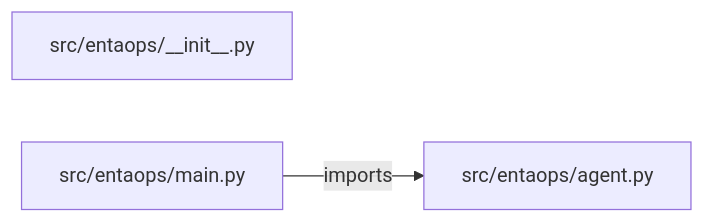
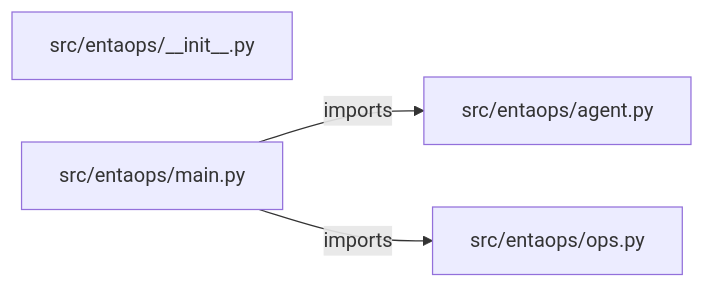
Before and after one commit to iarsingh/enterprise-agentic-ai-operations-platform: the diagram in PROJECT_ARCHITECTURE.md, drawn with Mermaid. The commit also changed other lines of this file and 2 other files, not shown here.

Commit message:
Refresh architecture and interview guides from current implementation

````diff
--- a/PROJECT_ARCHITECTURE.md
+++ b/PROJECT_ARCHITECTURE.md
@@ -13,7 +13,9 @@
 ```mermaid
 flowchart LR
     M0["src/entaops/__init__.py"]
     M1["src/entaops/agent.py"]
     M2["src/entaops/main.py"]
+    M3["src/entaops/ops.py"]
     M2 -->|imports| M1
+    M2 -->|imports| M3
 ```
````
